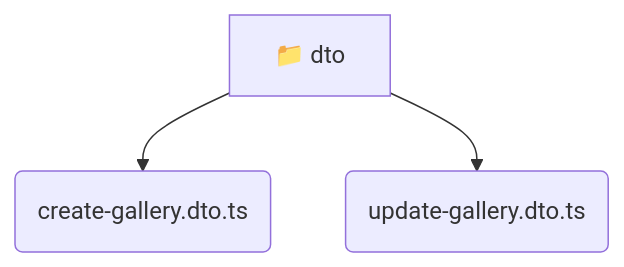
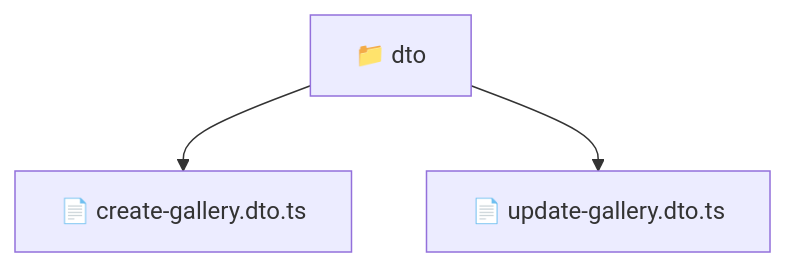
The diagram in backend/src/modules/gallery/presentation/dto/README.md (beginwebdev2002/fullstack-mavluda), drawn with Mermaid before and after one commit. The commit also changed other lines of this file and 163 other files, not shown here.

````diff
--- a/backend/src/modules/gallery/presentation/dto/README.md
+++ b/backend/src/modules/gallery/presentation/dto/README.md
@@ -9,6 +10,6 @@
 ```mermaid
 graph TD
-  dto[📁 dto]
-  dto --> dto_create_gallery_dto_ts(create-gallery.dto.ts)
-  dto --> dto_update_gallery_dto_ts(update-gallery.dto.ts)
+  Root["📁 dto"]
+  Root --> creategallerydtots["📄 create-gallery.dto.ts"]
+  Root --> updategallerydtots["📄 update-gallery.dto.ts"]
 ```
````
